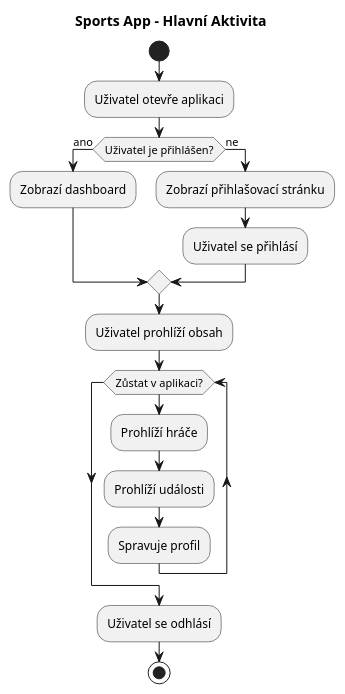
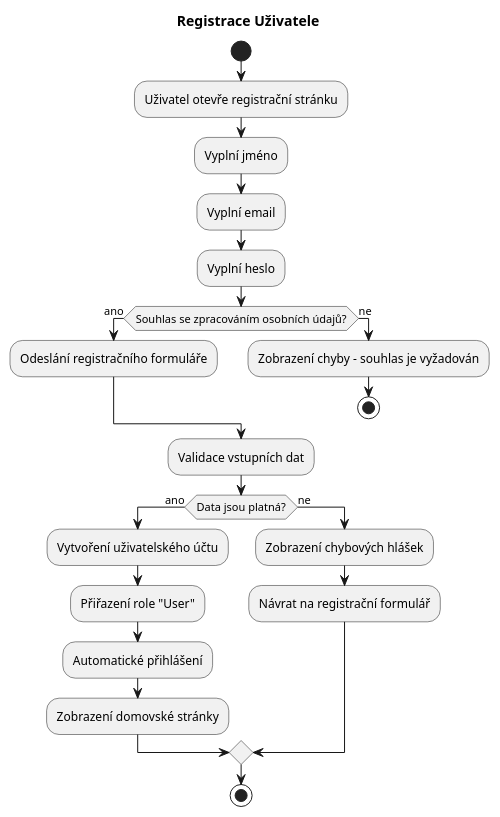
One commit to Arkatos1/ClubEasy changed the diagram in docs/activity1.puml. Above: the diagram before and after it, drawn with PlantUML. The commit also changed 4 other files, not shown here.

```diff
--- a/docs/activity1.puml
+++ b/docs/activity1.puml
@@ -1,26 +1,31 @@
 @startuml
-title Sports App - Hlavní Aktivita
+title Registrace Uživatele
 
 start
 
-:Uživatel otevře aplikaci;
+:Uživatel otevře registrační stránku;
+:Vyplní jméno;
+:Vyplní email;
+:Vyplní heslo;
 
-if (Uživatel je přihlášen?) then (ano)
-  :Zobrazí dashboard;
+if (Souhlas se zpracováním osobních údajů?) then (ano)
+  :Odeslání registračního formuláře;
 else (ne)
-  :Zobrazí přihlašovací stránku;
-  :Uživatel se přihlásí;
+  :Zobrazení chyby - souhlas je vyžadován;
+  stop
 endif
 
-:Uživatel prohlíží obsah;
+:Validace vstupních dat;
 
-while (Zůstat v aplikaci?)
-  :Prohlíží hráče;
-  :Prohlíží události;
-  :Spravuje profil;
-endwhile
-
-:Uživatel se odhlásí;
+if (Data jsou platná?) then (ano)
+  :Vytvoření uživatelského účtu;
+  :Přiřazení role "User";
+  :Automatické přihlášení;
+  :Zobrazení domovské stránky;
+else (ne)
+  :Zobrazení chybových hlášek;
+  :Návrat na registrační formulář;
+endif
 
 stop
 @enduml
```
